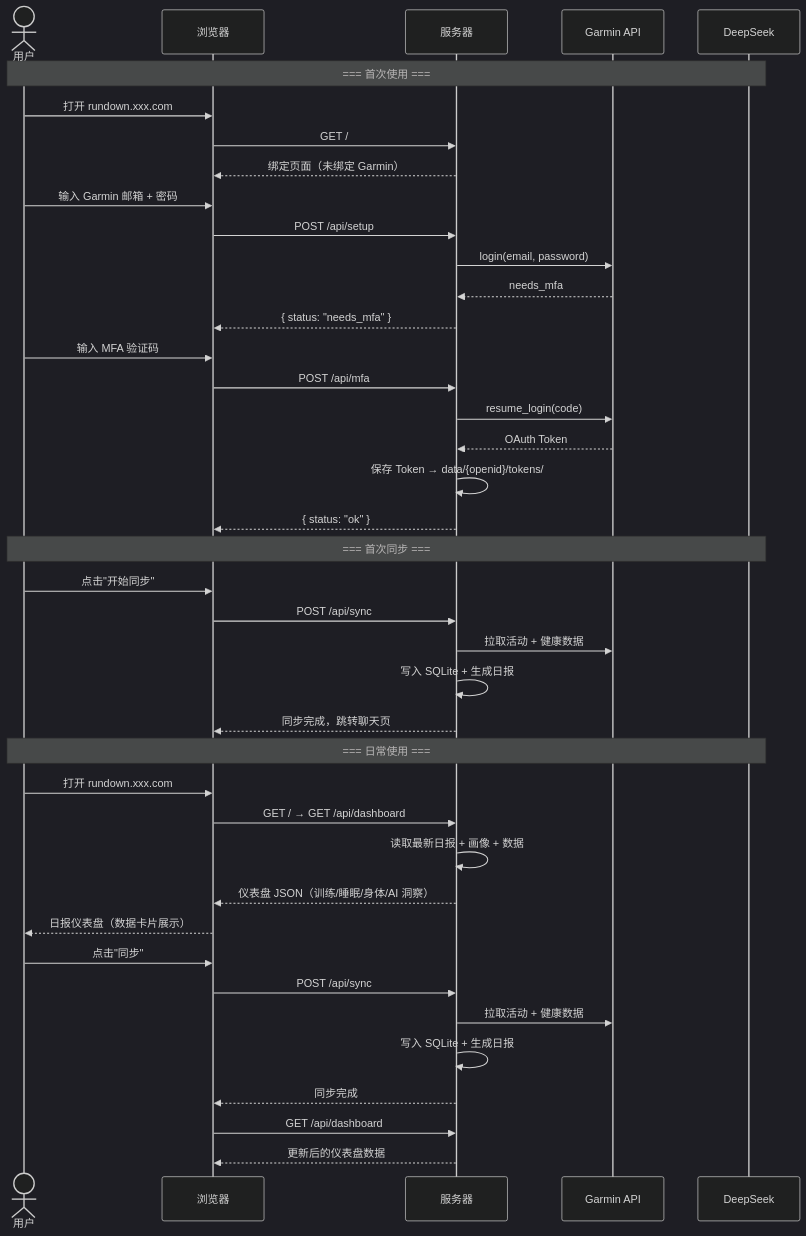
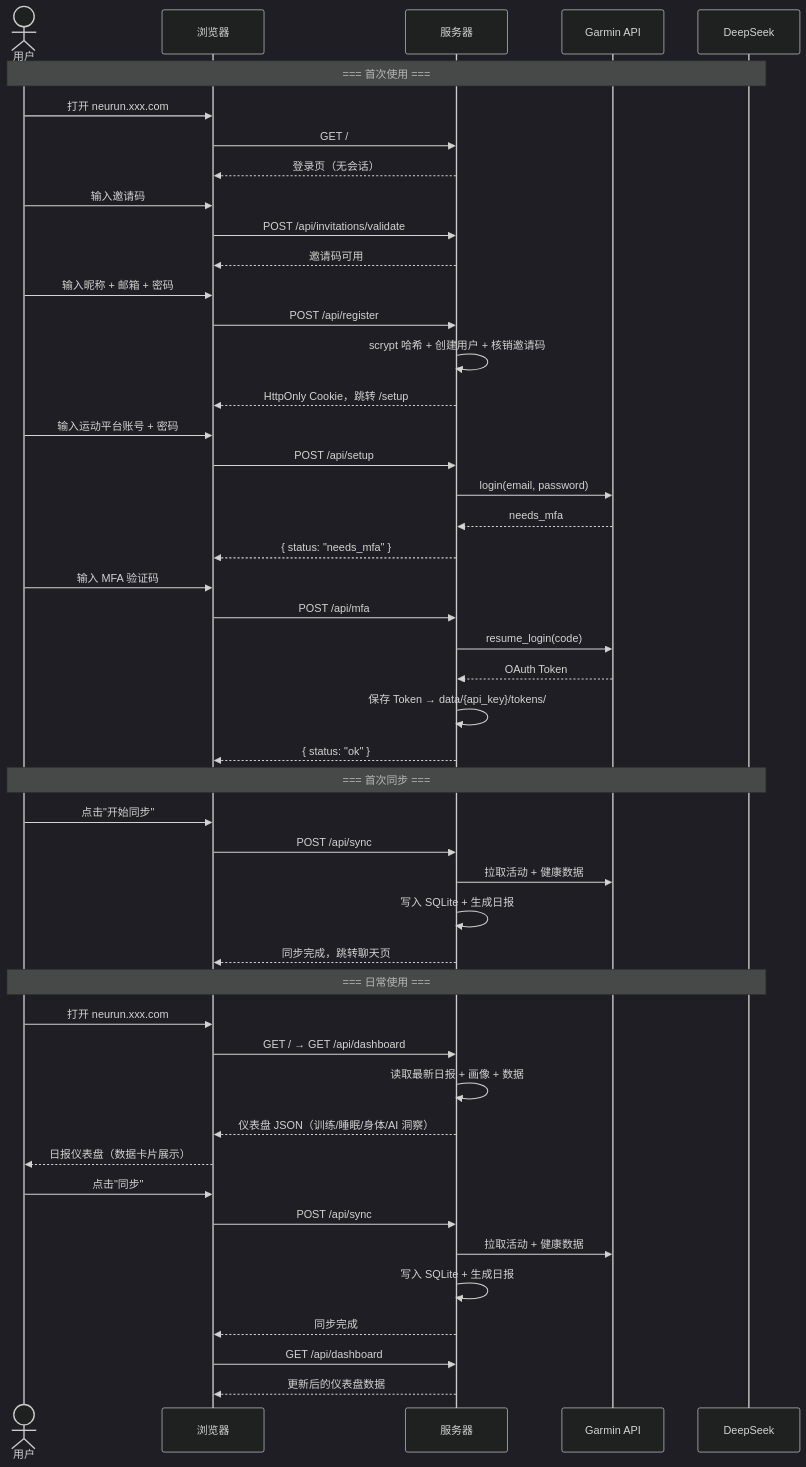
The second of 2 diagrams in docs/design/13-sae-deployment.md (qd1993102/rundown), drawn with Mermaid (dark theme) before and after one commit. The commit also changed other lines of this file and 65 other files, not shown here.

````diff
--- a/docs/design/13-sae-deployment.md
+++ b/docs/design/13-sae-deployment.md
@@ -55,51 +56,58 @@
 ```mermaid
 sequenceDiagram
     actor User as 用户
     participant Web as 浏览器
     participant VPS as 服务器
     participant Garmin as Garmin API
     participant DS as DeepSeek
 
     Note over User,DS: === 首次使用 ===
 
-    User->>Web: 打开 rundown.xxx.com
+    User->>Web: 打开 neurun.xxx.com
     Web->>VPS: GET /
-    VPS-->>Web: 绑定页面（未绑定 Garmin）
+    VPS-->>Web: 登录页（无会话）
+    User->>Web: 输入邀请码
+    Web->>VPS: POST /api/invitations/validate
+    VPS-->>Web: 邀请码可用
+    User->>Web: 输入昵称 + 邮箱 + 密码
+    Web->>VPS: POST /api/register
+    VPS->>VPS: scrypt 哈希 + 创建用户 + 核销邀请码
+    VPS-->>Web: HttpOnly Cookie，跳转 /setup
 
-    User->>Web: 输入 Garmin 邮箱 + 密码
+    User->>Web: 输入运动平台账号 + 密码
     Web->>VPS: POST /api/setup
     VPS->>Garmin: login(email, password)
     Garmin-->>VPS: needs_mfa
     VPS-->>Web: { status: "needs_mfa" }
 
     User->>Web: 输入 MFA 验证码
     Web->>VPS: POST /api/mfa
     VPS->>Garmin: resume_login(code)
     Garmin-->>VPS: OAuth Token
-    VPS->>VPS: 保存 Token → data/{openid}/tokens/
+    VPS->>VPS: 保存 Token → data/{api_key}/tokens/
     VPS-->>Web: { status: "ok" }
 
     Note over User,DS: === 首次同步 ===
 
     User->>Web: 点击"开始同步"
     Web->>VPS: POST /api/sync
     VPS->>Garmin: 拉取活动 + 健康数据
     VPS->>VPS: 写入 SQLite + 生成日报
     VPS-->>Web: 同步完成，跳转聊天页
 
     Note over User,DS: === 日常使用 ===
 
-    User->>Web: 打开 rundown.xxx.com
+    User->>Web: 打开 neurun.xxx.com
     Web->>VPS: GET / → GET /api/dashboard
     VPS->>VPS: 读取最新日报 + 画像 + 数据
     VPS-->>Web: 仪表盘 JSON（训练/睡眠/身体/AI 洞察）
     Web-->>User: 日报仪表盘（数据卡片展示）
 
     User->>Web: 点击"同步"
     Web->>VPS: POST /api/sync
     VPS->>Garmin: 拉取活动 + 健康数据
     VPS->>VPS: 写入 SQLite + 生成日报
     VPS-->>Web: 同步完成
     Web->>VPS: GET /api/dashboard
     VPS-->>Web: 更新后的仪表盘数据
 ```
````
